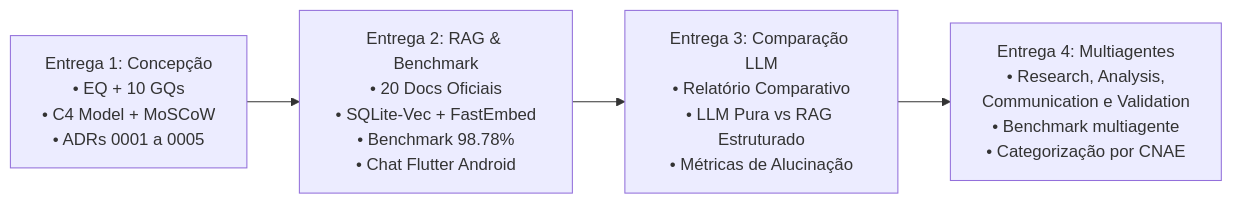
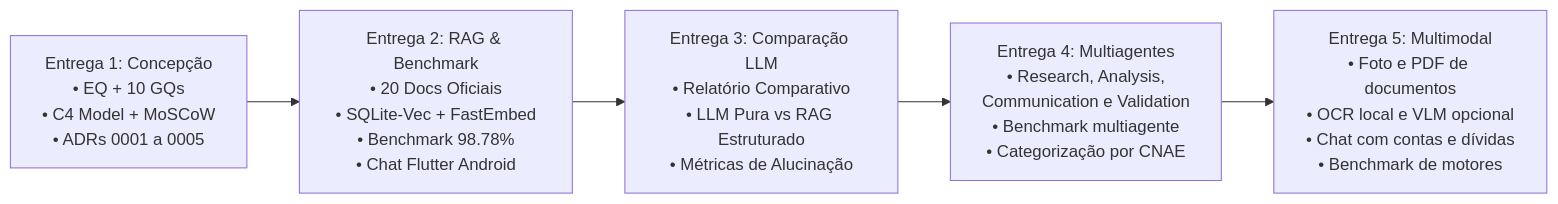
The diagram in docs/apresentacao.md (moonshinerd/trokim), drawn with Mermaid before and after one commit. The commit also changed other lines of this file and 2 other files, not shown here.

Commit message:
docs: glossário, apresentação e página inicial com a Entrega 5

````diff
--- a/docs/apresentacao.md
+++ b/docs/apresentacao.md
@@ -98,6 +139,7 @@
 ```mermaid
 flowchart LR
     E1["Entrega 1: Concepção<br/>• EQ + 10 GQs<br/>• C4 Model + MoSCoW<br/>• ADRs 0001 a 0005"] --> E2["Entrega 2: RAG & Benchmark<br/>• 20 Docs Oficiais<br/>• SQLite-Vec + FastEmbed<br/>• Benchmark 98.78%<br/>• Chat Flutter Android"]
     E2 --> E3["Entrega 3: Comparação LLM<br/>• Relatório Comparativo<br/>• LLM Pura vs RAG Estruturado<br/>• Métricas de Alucinação"]
     E3 --> E4["Entrega 4: Multiagentes<br/>• Research, Analysis,<br/>Communication e Validation<br/>• Benchmark multiagente<br/>• Categorização por CNAE"]
+    E4 --> E5["Entrega 5: Multimodal<br/>• Foto e PDF de documentos<br/>• OCR local e VLM opcional<br/>• Chat com contas e dívidas<br/>• Benchmark de motores"]
 ```
````
